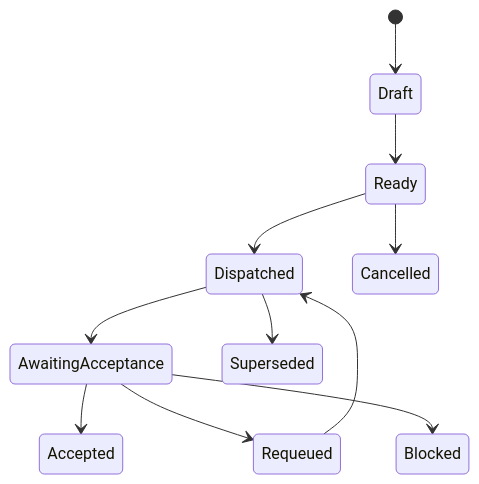
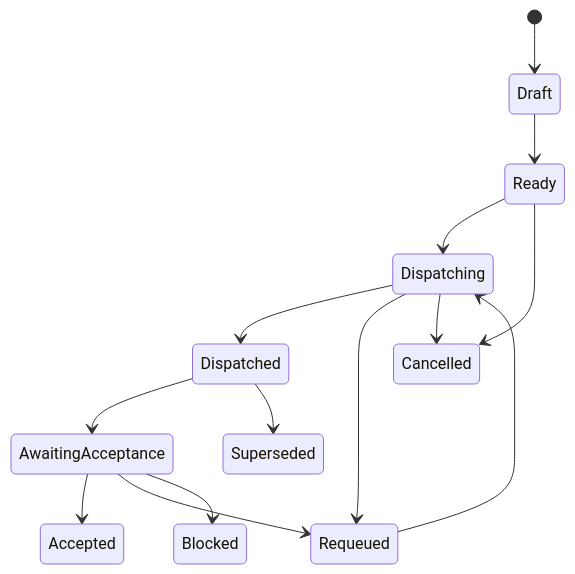
One commit to leeson1/Hive-Design changed the second of 3 diagrams in docs/03-state-model/02-对象状态迁移.md. Above: the diagram before and after it, drawn with Mermaid. The commit also changed other lines of this file and 20 other files, not shown here.

Commit message:
docs: tighten reference architecture boundaries

````diff
--- a/docs/03-state-model/02-对象状态迁移.md
+++ b/docs/03-state-model/02-对象状态迁移.md
@@ -65,13 +66,16 @@
 ```mermaid
 stateDiagram-v2
     [*] --> Draft
     Draft --> Ready
-    Ready --> Dispatched
+    Ready --> Dispatching
+    Dispatching --> Dispatched
+    Dispatching --> Requeued
     Dispatched --> AwaitingAcceptance
     AwaitingAcceptance --> Accepted
     AwaitingAcceptance --> Requeued
     AwaitingAcceptance --> Blocked
     Ready --> Cancelled
+    Dispatching --> Cancelled
     Dispatched --> Superseded
-    Requeued --> Dispatched
+    Requeued --> Dispatching
 ```
````
